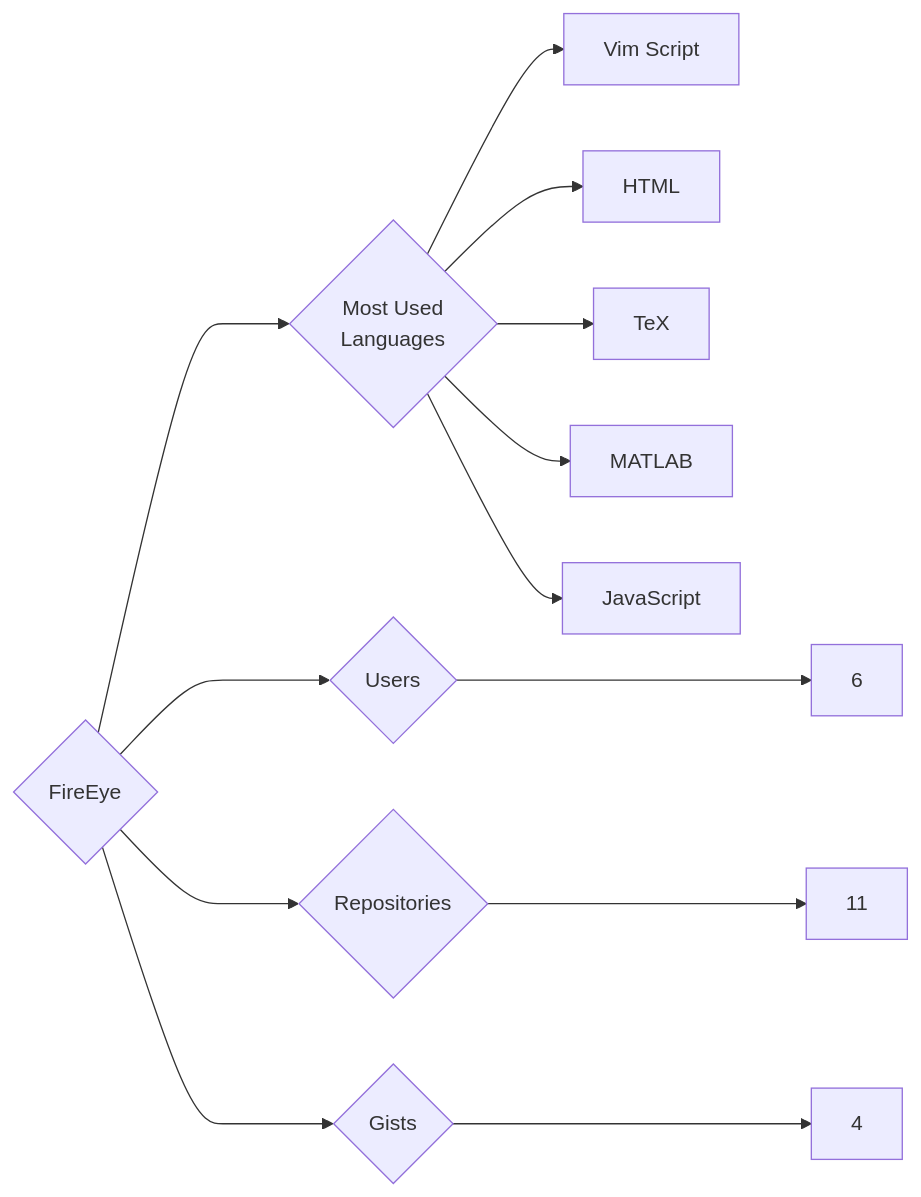
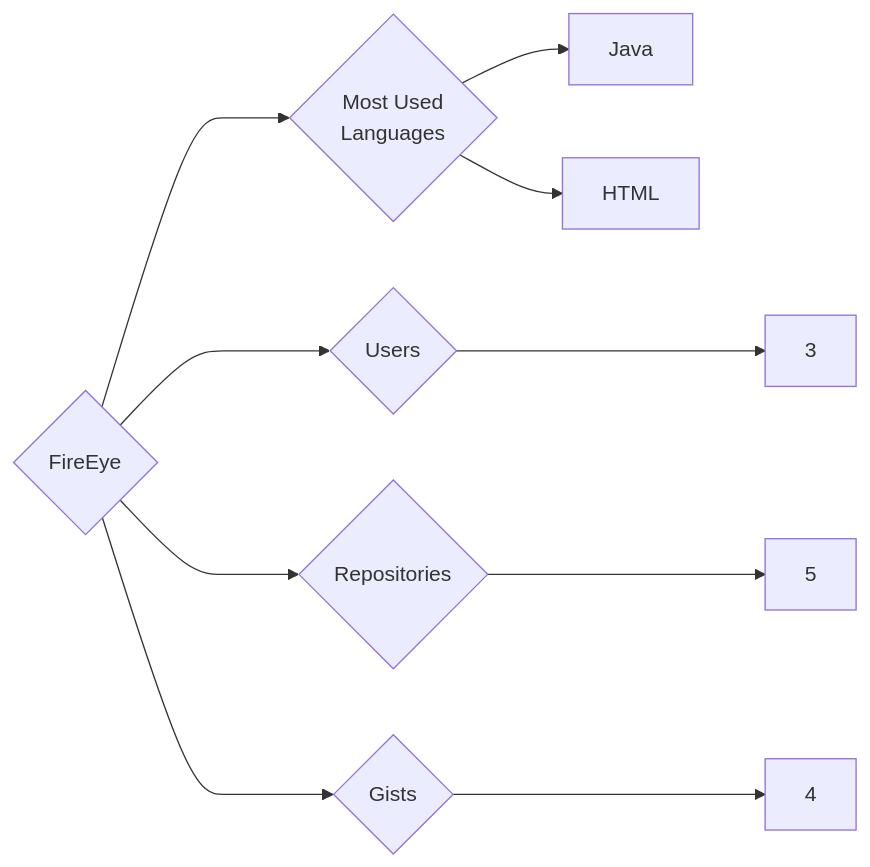
The diagram in targets/FireEye/README.md (trickest/insiders), drawn with Mermaid before and after one commit. The commit also changed 679 other files, not shown here.

````diff
--- a/targets/FireEye/README.md
+++ b/targets/FireEye/README.md
@@ -3,13 +3,10 @@
 ```mermaid
 graph LR
 COMPANY_NAME{FireEye}
-COMPANY_NAME ---> U{Users} ---> UN[6]
-COMPANY_NAME ---> R{Repositories} ---> RN[11]
+COMPANY_NAME ---> U{Users} ---> UN[3]
+COMPANY_NAME ---> R{Repositories} ---> RN[5]
 COMPANY_NAME ---> G{Gists} ---> GN[4]
 COMPANY_NAME ---> ML{Most Used<br>Languages}
-ML --> Vim_Script[Vim Script]
+ML --> Java[Java]
 ML --> HTML[HTML]
-ML --> TeX[TeX]
-ML --> MATLAB[MATLAB]
-ML --> JavaScript[JavaScript]
 ```
````
